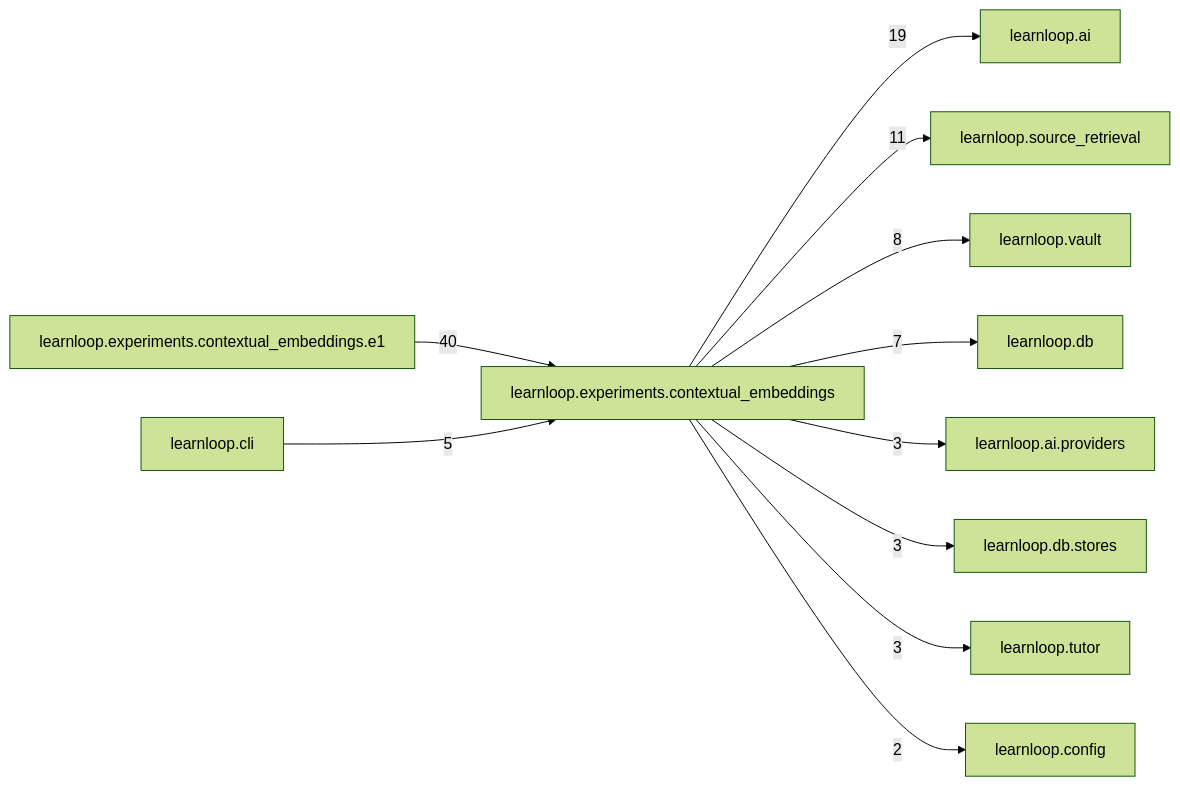
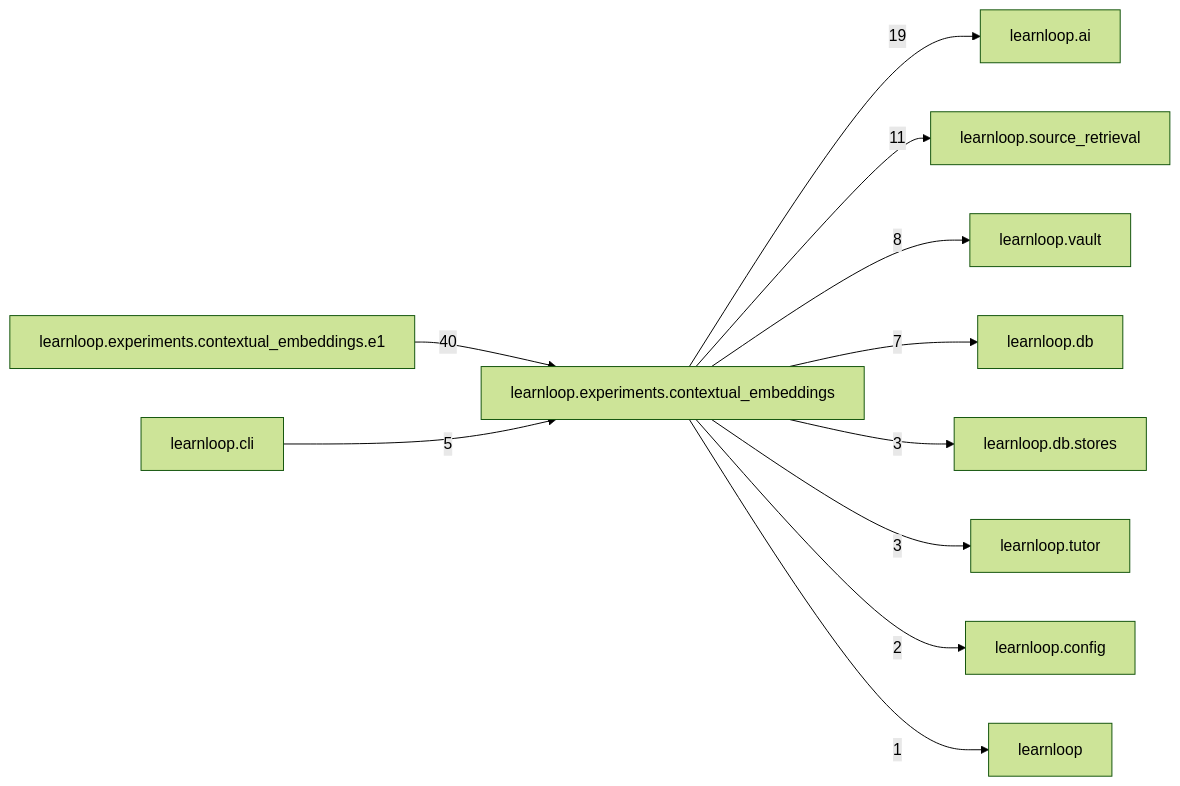
Before and after one commit to 6up-b/learnanything: the diagram in docs/learnloop-architecture-vault/Reference/Modules/learnloop/experiments/contextual_embeddings/_package.md, drawn with Mermaid (forest theme). The commit also changed other lines of this file and 182 other files, not shown here.

````diff
--- a/docs/learnloop-architecture-vault/Reference/Modules/learnloop/experiments/contextual_embeddings/_package.md
+++ b/docs/learnloop-architecture-vault/Reference/Modules/learnloop/experiments/contextual_embeddings/_package.md
@@ -120,24 +120,24 @@
 ```mermaid
 flowchart LR
     center["learnloop.experiments.contextual_embeddings"]
     n_learnloop_experiments_contextual_embeddings_e1["learnloop.experiments.contextual_embeddings.e1"]
     n_learnloop_ai["learnloop.ai"]
     n_learnloop_source_retrieval["learnloop.source_retrieval"]
     n_learnloop_vault["learnloop.vault"]
     n_learnloop_db["learnloop.db"]
     n_learnloop_cli["learnloop.cli"]
-    n_learnloop_ai_providers["learnloop.ai.providers"]
     n_learnloop_db_stores["learnloop.db.stores"]
     n_learnloop_tutor["learnloop.tutor"]
     n_learnloop_config["learnloop.config"]
+    n_learnloop["learnloop"]
     n_learnloop_experiments_contextual_embeddings_e1 -->|40| center
     center -->|19| n_learnloop_ai
     center -->|11| n_learnloop_source_retrieval
     center -->|8| n_learnloop_vault
     center -->|7| n_learnloop_db
     n_learnloop_cli -->|5| center
-    center -->|3| n_learnloop_ai_providers
     center -->|3| n_learnloop_db_stores
     center -->|3| n_learnloop_tutor
     center -->|2| n_learnloop_config
+    center -->|1| n_learnloop
 ```
````
